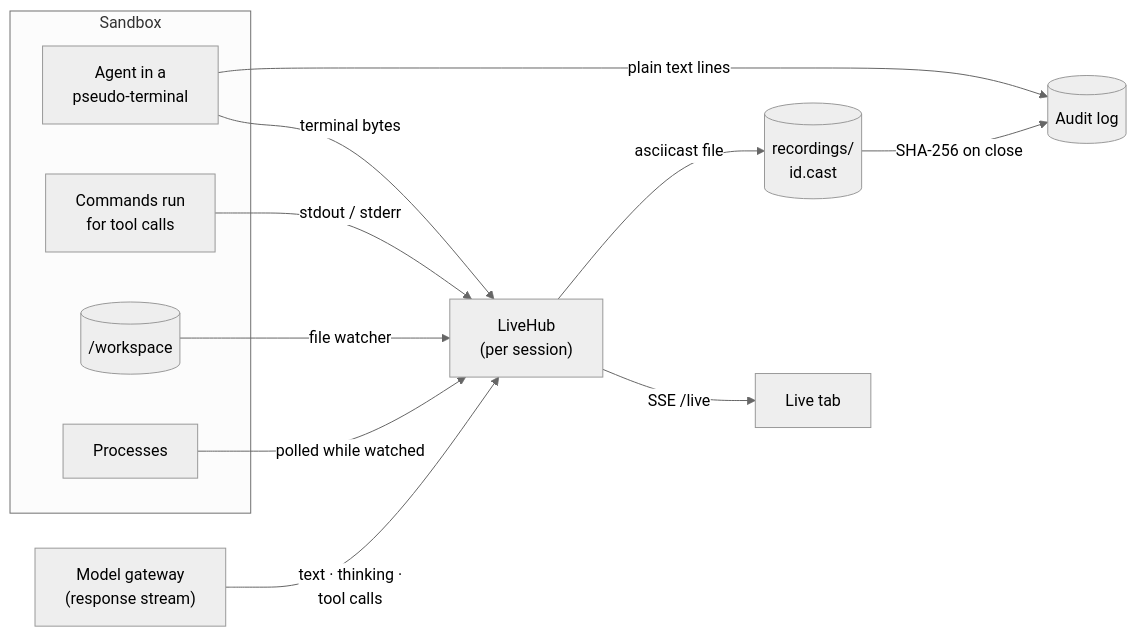
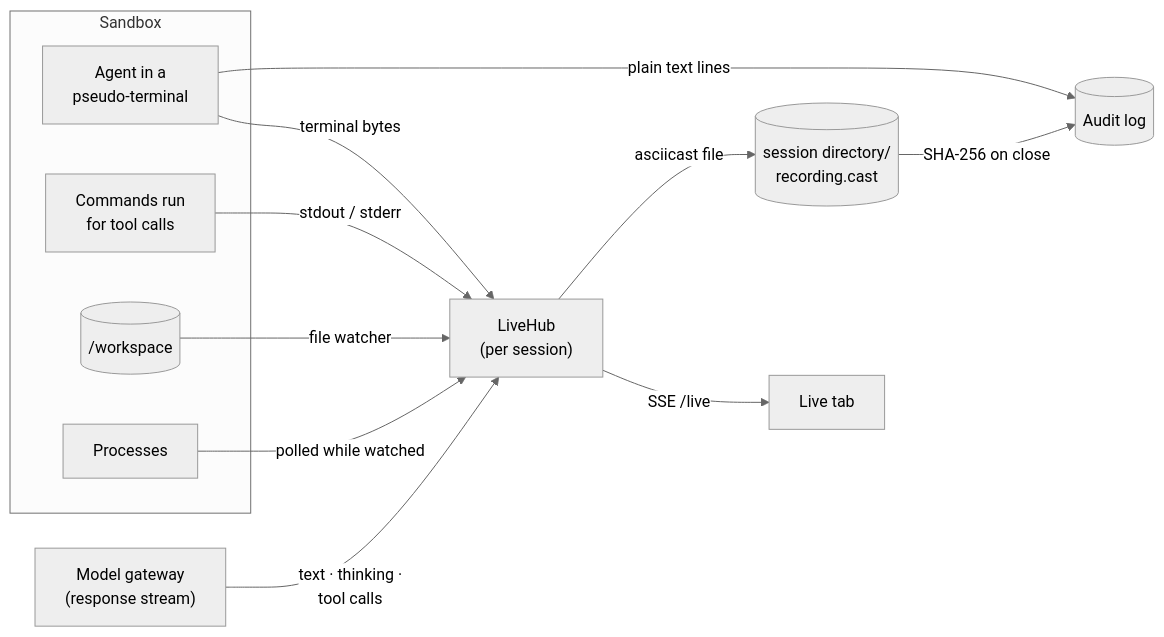
One commit to Jaelse/agentcore changed the seventh of 16 diagrams in docs/ARCHITECTURE.md. Above: the diagram before and after it, drawn with Mermaid (neutral theme). The commit also changed other lines of this file and 52 other files, not shown here.

````diff
--- a/docs/ARCHITECTURE.md
+++ b/docs/ARCHITECTURE.md
@@ -217,19 +217,19 @@
 ```mermaid
 flowchart LR
     subgraph SB["Sandbox"]
         PTY["Agent in a<br/>pseudo-terminal"]
         CMD["Commands run<br/>for tool calls"]
         FS[("/workspace")]
         PS["Processes"]
     end
     LLM["Model gateway<br/>(response stream)"]
     PTY -- "terminal bytes" --> HUB["LiveHub<br/>(per session)"]
     CMD -- "stdout / stderr" --> HUB
     LLM -- "text · thinking ·<br/>tool calls" --> HUB
     FS -- "file watcher" --> HUB
     PS -- "polled while watched" --> HUB
     HUB -- "SSE /live" --> UI["Live tab"]
     PTY -- "plain text lines" --> AUD[("Audit log")]
-    HUB -- "asciicast file" --> REC[("recordings/<br/>id.cast")]
+    HUB -- "asciicast file" --> REC[("session directory/<br/>recording.cast")]
     REC -- "SHA-256 on close" --> AUD
 ```
````
